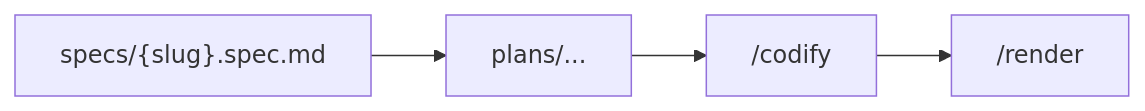
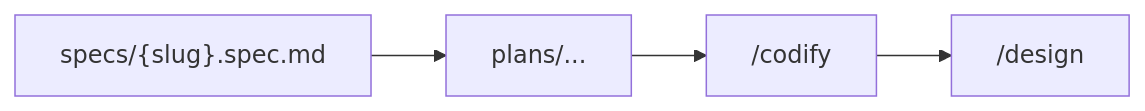
One commit to AIDDbot/AIDDbot changed the second of 2 diagrams in docs/designer.pipelines.md. Above: the diagram before and after it, drawn with Mermaid. The commit also changed other lines of this file and 8 other files, not shown here.

Commit message:
feat: rename render back to design

````diff
--- a/docs/designer.pipelines.md
+++ b/docs/designer.pipelines.md
@@ -25,4 +25,4 @@
 ```mermaid
 flowchart LR
-  SPC["specs/{slug}.spec.md"] --> PLN["plans/..."] --> COD["/codify"] --> REN["/render"]
+  SPC["specs/{slug}.spec.md"] --> PLN["plans/..."] --> COD["/codify"] --> DES["/design"]
 ```
````
